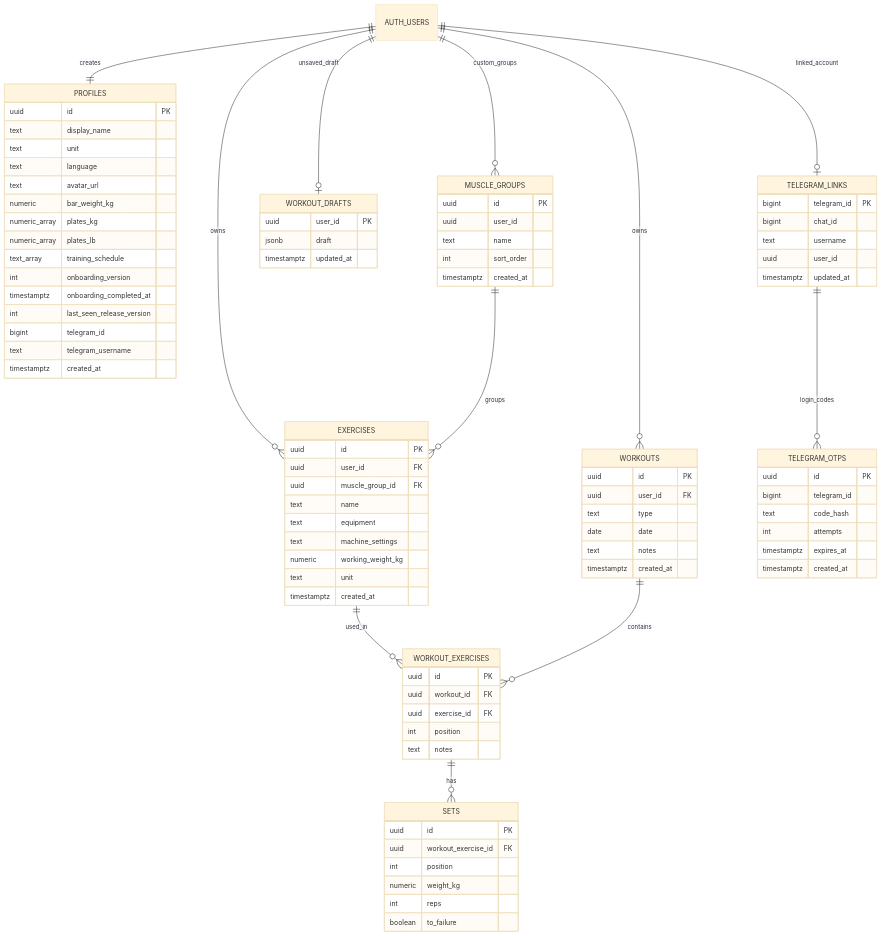
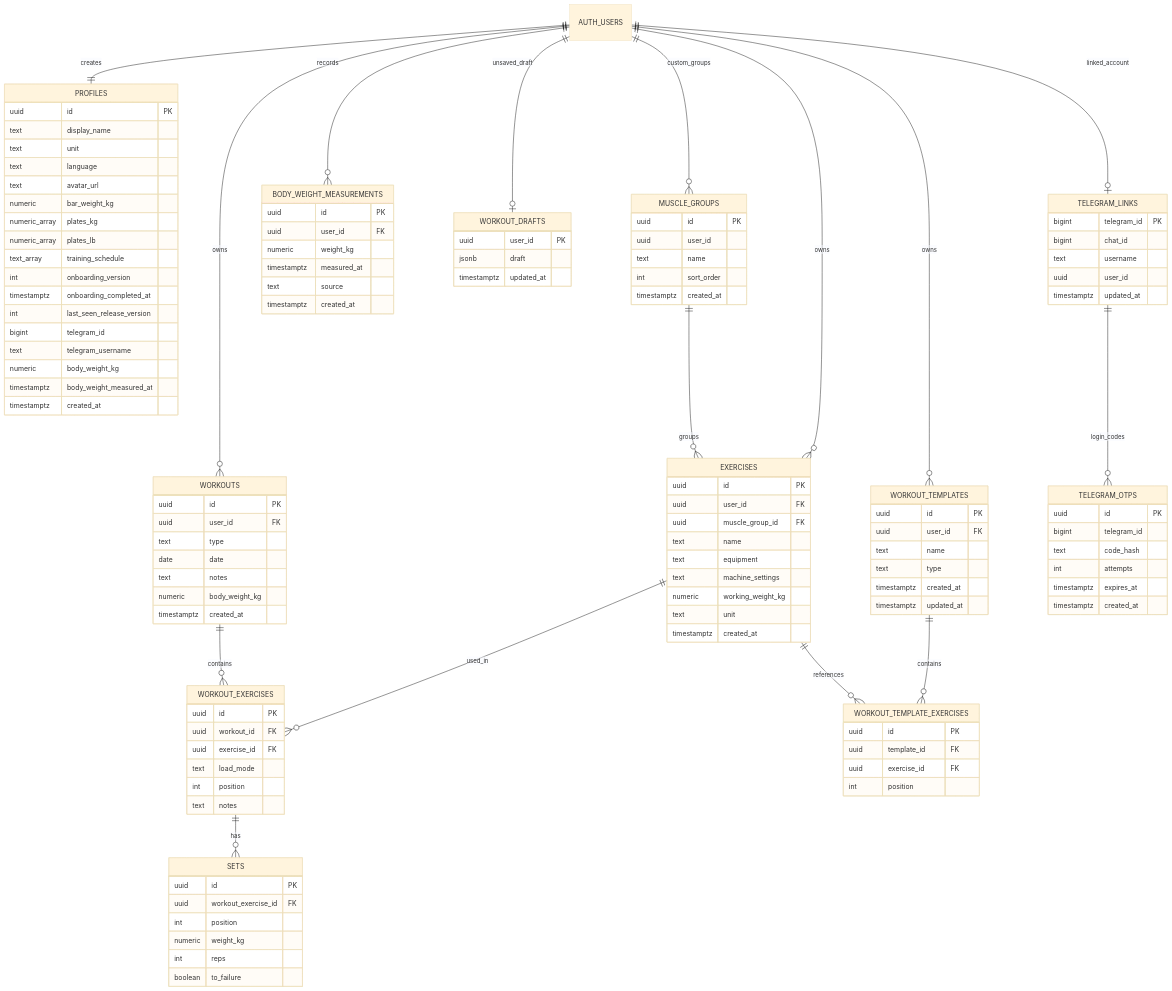
The second of 6 diagrams in docs/APP_SCHEMA_RU.md (deepstructured/deep-gym), drawn with Mermaid (base theme) before and after one commit. The commit also changed other lines of this file and 80 other files, not shown here.

Commit message:
v1.5.0 - Workout templates, bodyweight tracking & flexible workout copying

```diff
--- a/docs/APP_SCHEMA_RU.md
+++ b/docs/APP_SCHEMA_RU.md
@@ -208,11 +215,15 @@
   AUTH_USERS ||--o{ EXERCISES : owns
   AUTH_USERS ||--o{ WORKOUTS : owns
   AUTH_USERS ||--o{ MUSCLE_GROUPS : custom_groups
+  AUTH_USERS ||--o{ BODY_WEIGHT_MEASUREMENTS : records
+  AUTH_USERS ||--o{ WORKOUT_TEMPLATES : owns
 
   MUSCLE_GROUPS ||--o{ EXERCISES : groups
   EXERCISES ||--o{ WORKOUT_EXERCISES : used_in
   WORKOUTS ||--o{ WORKOUT_EXERCISES : contains
   WORKOUT_EXERCISES ||--o{ SETS : has
+  WORKOUT_TEMPLATES ||--o{ WORKOUT_TEMPLATE_EXERCISES : contains
+  EXERCISES ||--o{ WORKOUT_TEMPLATE_EXERCISES : references
 
   AUTH_USERS ||--o| WORKOUT_DRAFTS : unsaved_draft
 
@@ -234,6 +245,8 @@
     int last_seen_release_version
     bigint telegram_id
     text telegram_username
+    numeric body_weight_kg
+    timestamptz body_weight_measured_at
     timestamptz created_at
   }
 
@@ -263,6 +276,7 @@
     text type
     date date
     text notes
+    numeric body_weight_kg
     timestamptz created_at
   }
 
@@ -270,6 +284,7 @@
     uuid id PK
     uuid workout_id FK
     uuid exercise_id FK
+    text load_mode
     int position
     text notes
   }
@@ -289,6 +304,31 @@
     timestamptz updated_at
   }
 
+  BODY_WEIGHT_MEASUREMENTS {
+    uuid id PK
+    uuid user_id FK
+    numeric weight_kg
+    timestamptz measured_at
+    text source
+    timestamptz created_at
+  }
+
+  WORKOUT_TEMPLATES {
+    uuid id PK
+    uuid user_id FK
+    text name
+    text type
+    timestamptz created_at
+    timestamptz updated_at
+  }
+
+  WORKOUT_TEMPLATE_EXERCISES {
+    uuid id PK
+    uuid template_id FK
+    uuid exercise_id FK
+    int position
+  }
+
   TELEGRAM_LINKS {
     bigint telegram_id PK
     bigint chat_id
```
